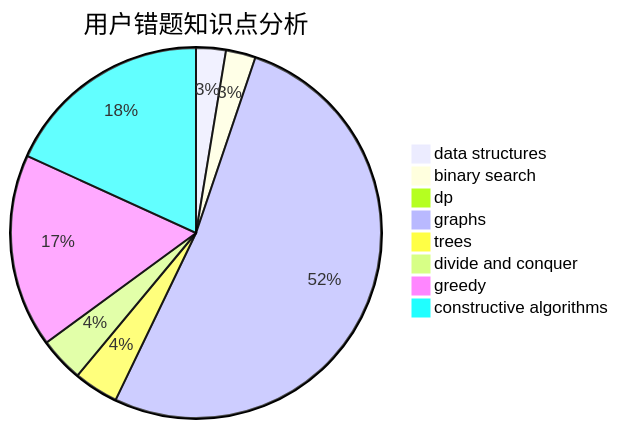
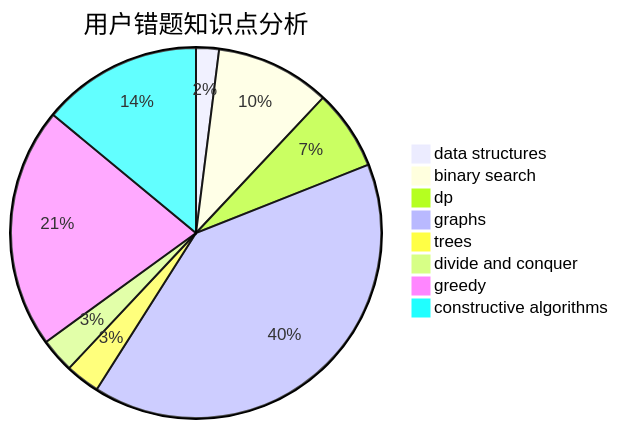
The third of 3 diagrams in docs/user/u1332.md (sherpahu/cfrs.github.io), drawn with Mermaid before and after one commit. The commit also changed other lines of this file and 2770 other files, not shown here.

````diff
--- a/docs/user/u1332.md
+++ b/docs/user/u1332.md
@@ -36,11 +36,11 @@
 ```mermaid
 pie title 用户错题知识点分析
     "data structures" :  2
-    "binary search" :  2
-    "dp" :  0
+    "binary search" :  10
+    "dp" :  7
     "graphs" :  40
     "trees" :  3
     "divide and conquer" :  3
-    "greedy" :  13
+    "greedy" :  21
     "constructive algorithms" :  14
 ```
````
